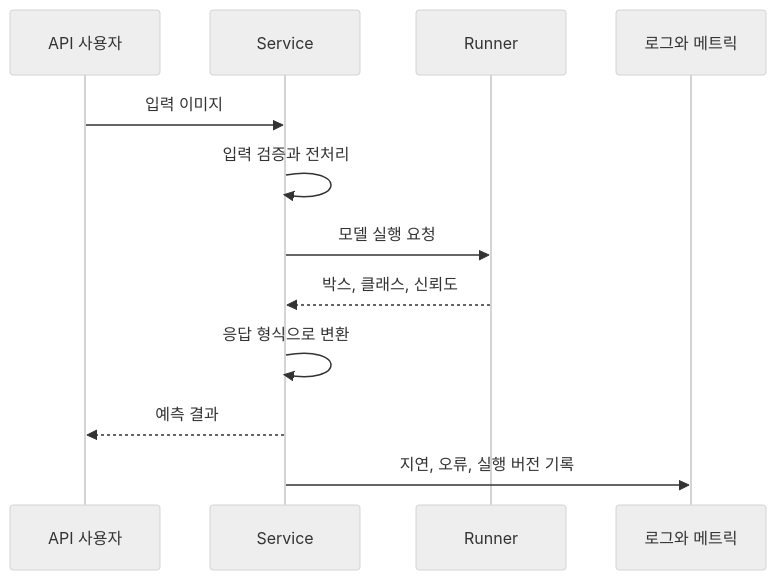
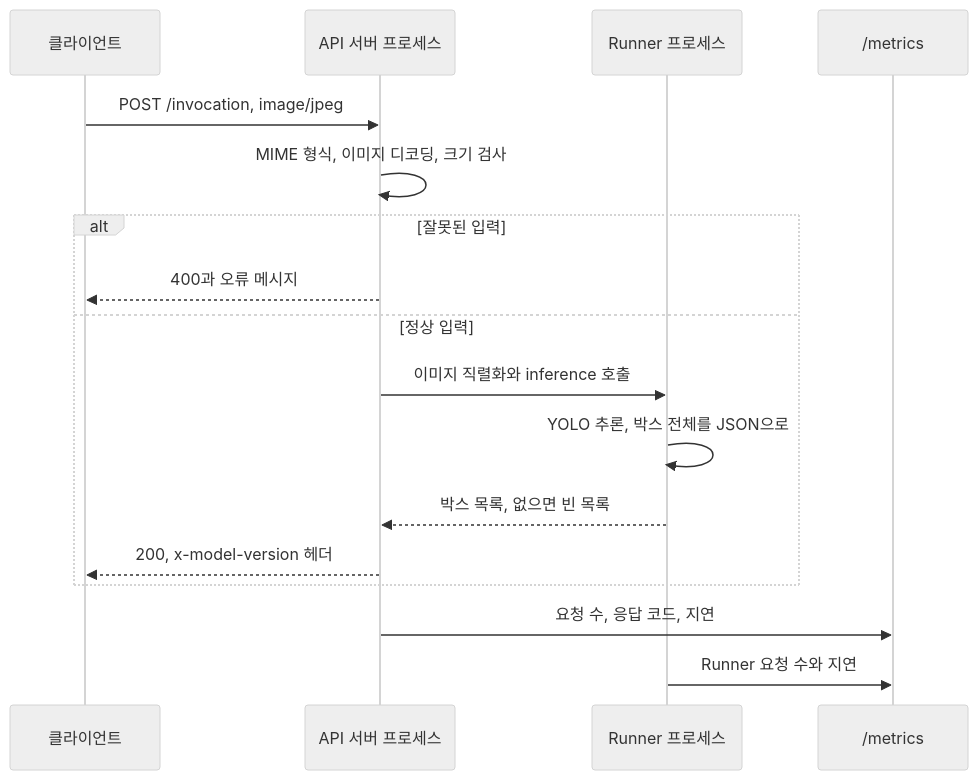
Before and after one commit to johklo/johklo.github.io: the second of 3 diagrams in content/docs/tech/machine-learning-platform-engineering/10-inference-and-serving.md, drawn with Mermaid (neutral theme). The commit also changed other lines of this file and 10 other files, not shown here.

````diff
--- a/content/docs/tech/machine-learning-platform-engineering/10-inference-and-serving.md
+++ b/content/docs/tech/machine-learning-platform-engineering/10-inference-and-serving.md
@@ -16,16 +94,21 @@
 ```mermaid
 sequenceDiagram
-    accTitle: API 요청 처리와 모델 실행의 책임 분리
-    accDescr: Service가 요청을 검증, 전처리해 Runner에 모델 실행을 요청한다. 결과를 변환해 반환하고 요청 로그와 메트릭을 기록한다.
-    participant U as API 사용자
-    participant S as Service
-    participant R as Runner
-    participant O as 로그와 메트릭
-    U->>S: 입력 이미지
-    S->>S: 입력 검증과 전처리
-    S->>R: 모델 실행 요청
-    R-->>S: 박스, 클래스, 신뢰도
-    S->>S: 응답 형식으로 변환
-    S-->>U: 예측 결과
-    S->>O: 지연, 오류, 실행 버전 기록
+    accTitle: BentoML 1.1 탐지 서비스의 요청 경로
+    accDescr: 클라이언트가 이미지를 보내면 API 서버 프로세스가 MIME 형식과 크기를 검사해 잘못된 입력은 400으로 돌려보낸다. 통과한 이미지는 Runner 프로세스로 직렬화되어 넘어가고 Runner가 YOLO 모델로 박스를 계산해 돌려준다. API 서버는 응답에 모델 버전 헤더를 붙이고, 요청 수와 지연은 /metrics에 쌓인다.
+    participant C as 클라이언트
+    participant A as API 서버 프로세스
+    participant R as Runner 프로세스
+    participant M as /metrics
+    C->>A: POST /invocation, image/jpeg
+    A->>A: MIME 형식, 이미지 디코딩, 크기 검사
+    alt 잘못된 입력
+        A-->>C: 400과 오류 메시지
+    else 정상 입력
+        A->>R: 이미지 직렬화와 inference 호출
+        R->>R: YOLO 추론, 박스 전체를 JSON으로
+        R-->>A: 박스 목록, 없으면 빈 목록
+        A-->>C: 200, x-model-version 헤더
+    end
+    A->>M: 요청 수, 응답 코드, 지연
+    R->>M: Runner 요청 수와 지연
 ```
````
